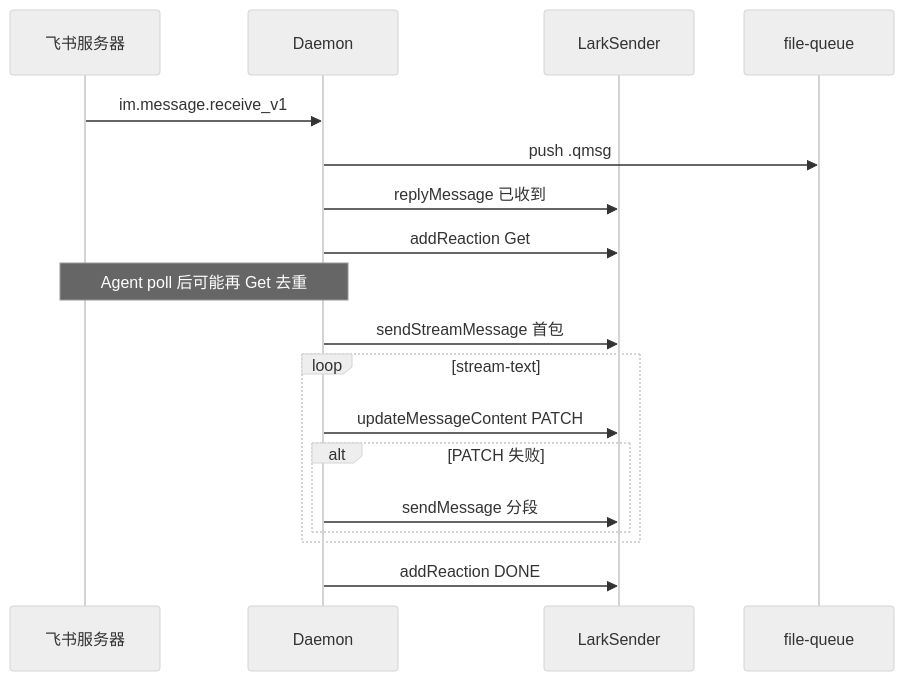
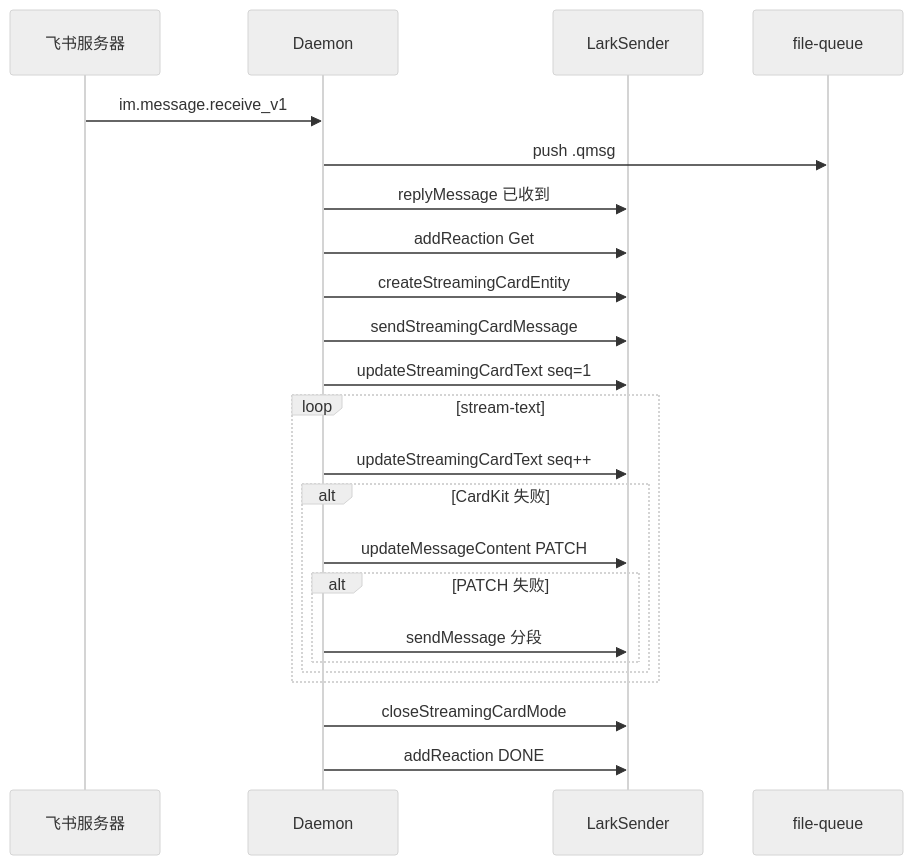
Before and after one commit to lk-eternal/cursor-claw: the diagram in knowledge/业务域/消息桥接/02-飞书通道.md, drawn with Mermaid (neutral theme). The commit also changed other lines of this file and 18 other files, not shown here.

````diff
--- a/knowledge/业务域/消息桥接/02-飞书通道.md
+++ b/knowledge/业务域/消息桥接/02-飞书通道.md
@@ -27,20 +28,25 @@
 ```mermaid
 sequenceDiagram
   participant FS as 飞书服务器
   participant D as Daemon
   participant LS as LarkSender
   participant Q as file-queue
   FS->>D: im.message.receive_v1
   D->>Q: push .qmsg
   D->>LS: replyMessage 已收到
   D->>LS: addReaction Get
-  Note over D,FS: Agent poll 后可能再 Get 去重
-  D->>LS: sendStreamMessage 首包
+  D->>LS: createStreamingCardEntity
+  D->>LS: sendStreamingCardMessage
+  D->>LS: updateStreamingCardText seq=1
   loop stream-text
-    D->>LS: updateMessageContent PATCH
-    alt PATCH 失败
-      D->>LS: sendMessage 分段
+    D->>LS: updateStreamingCardText seq++
+    alt CardKit 失败
+      D->>LS: updateMessageContent PATCH
+      alt PATCH 失败
+        D->>LS: sendMessage 分段
+      end
     end
   end
+  D->>LS: closeStreamingCardMode
   D->>LS: addReaction DONE
 ```
````
